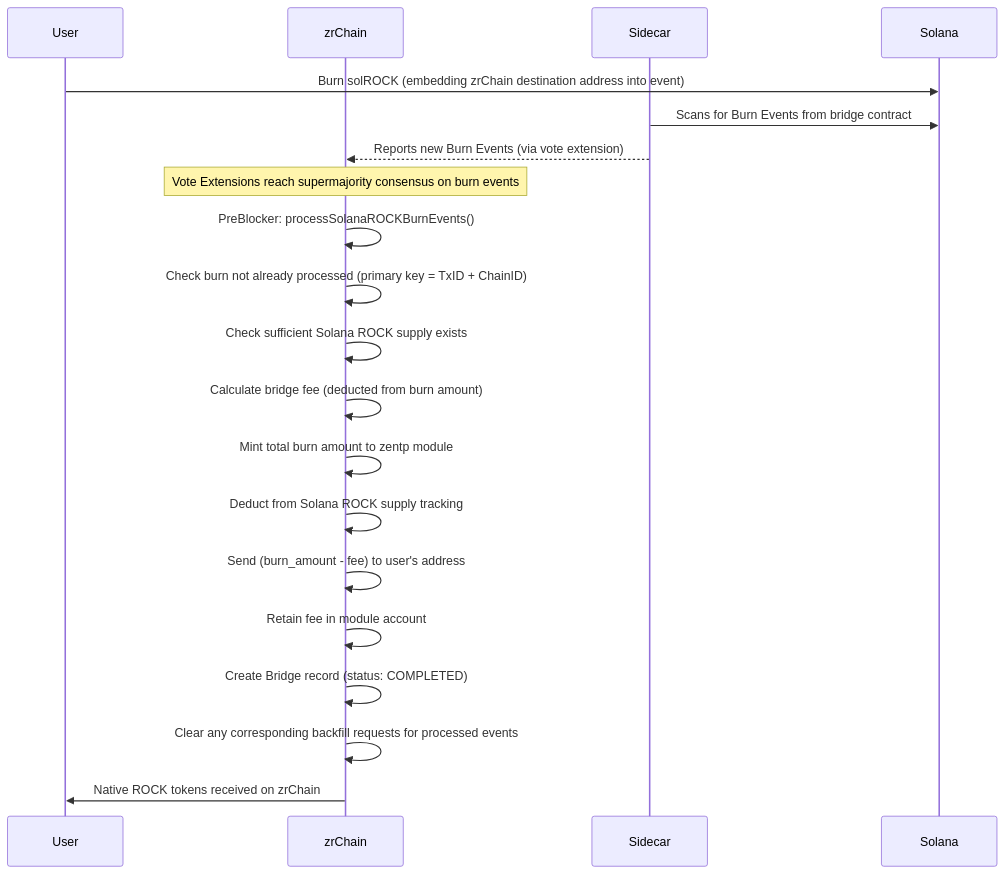
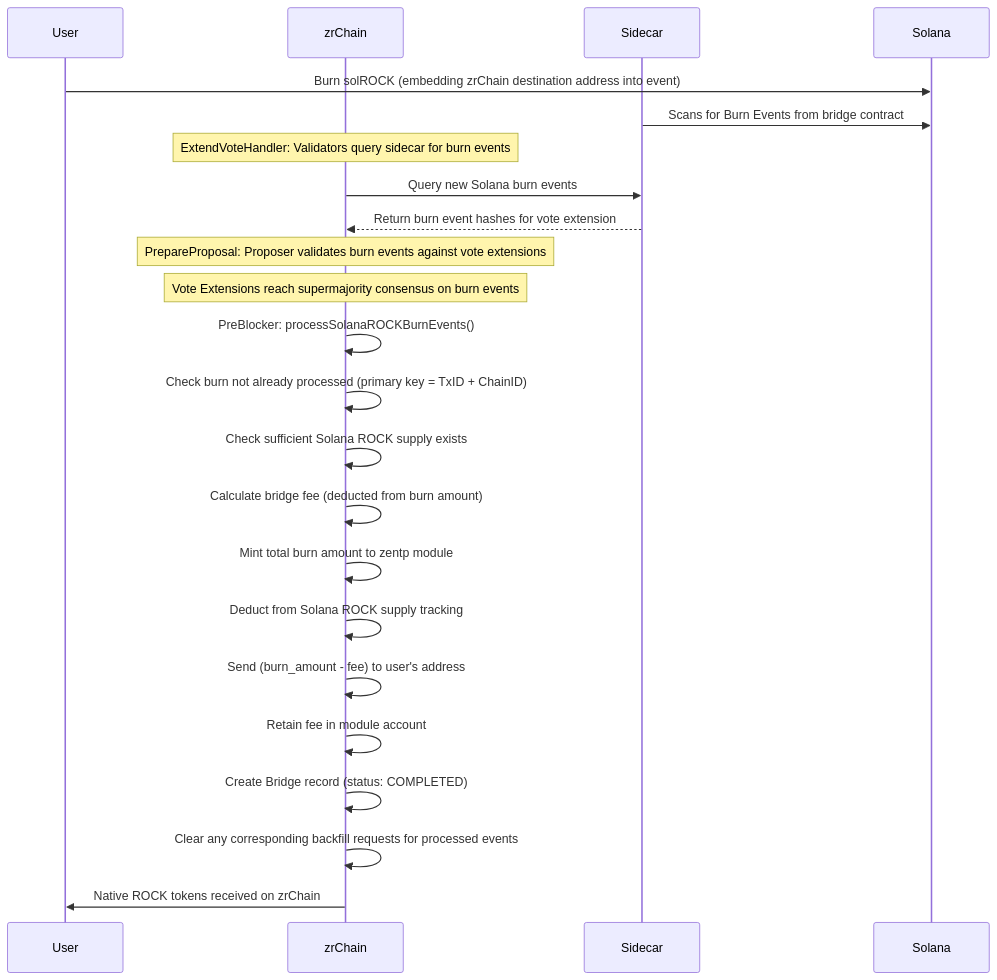
The fourth of 4 diagrams in docs/README.md (zenrocklabs/zrchain), drawn with Mermaid before and after one commit. The commit also changed other lines of this file, not shown here.

````diff
--- a/docs/README.md
+++ b/docs/README.md
@@ -342,24 +375,27 @@
 ```mermaid
 sequenceDiagram
     participant User
     participant zrChain
     participant Sidecar
     participant Solana
 
     User->>Solana: Burn solROCK (embedding zrChain destination address into event)
     Sidecar->>Solana: Scans for Burn Events from bridge contract
-    Sidecar-->>zrChain: Reports new Burn Events (via vote extension)
+    Note over zrChain: ExtendVoteHandler: Validators query sidecar for burn events
+    zrChain->>Sidecar: Query new Solana burn events
+    Sidecar-->>zrChain: Return burn event hashes for vote extension
+    Note over zrChain: PrepareProposal: Proposer validates burn events against vote extensions
     Note over zrChain: Vote Extensions reach supermajority consensus on burn events
 
     zrChain->>zrChain: PreBlocker: processSolanaROCKBurnEvents()
     zrChain->>zrChain: Check burn not already processed (primary key = TxID + ChainID)
     zrChain->>zrChain: Check sufficient Solana ROCK supply exists
     zrChain->>zrChain: Calculate bridge fee (deducted from burn amount)
     zrChain->>zrChain: Mint total burn amount to zentp module
     zrChain->>zrChain: Deduct from Solana ROCK supply tracking
     zrChain->>zrChain: Send (burn_amount - fee) to user's address
     zrChain->>zrChain: Retain fee in module account
     zrChain->>zrChain: Create Bridge record (status: COMPLETED)
     zrChain->>zrChain: Clear any corresponding backfill requests for processed events
     zrChain->>User: Native ROCK tokens received on zrChain
 ```
````
